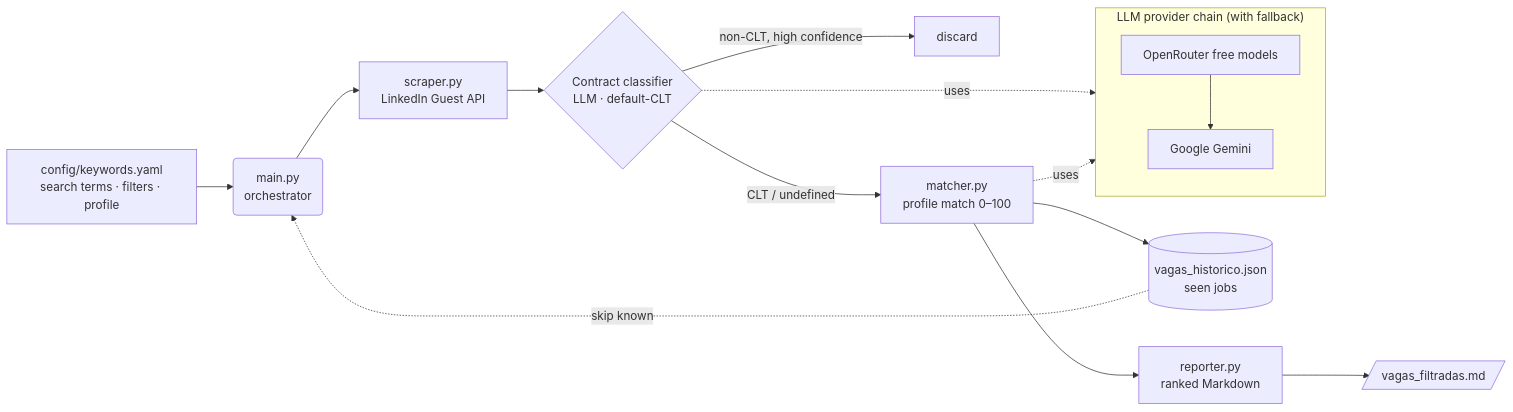
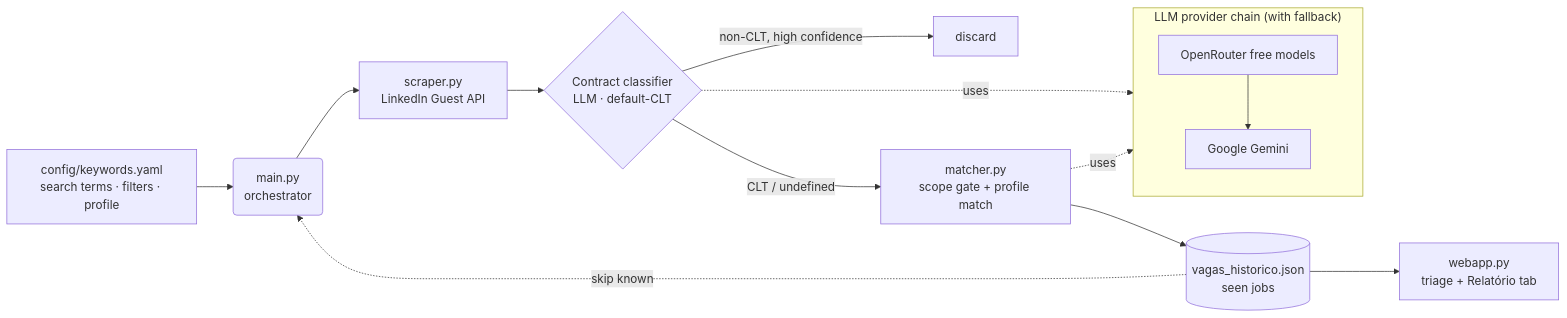
The diagram in README.md (Delkyros/CV_bot), drawn with Mermaid before and after one commit. The commit also changed other lines of this file and 11 other files, not shown here.

````diff
--- a/README.md
+++ b/README.md
@@ -27,18 +27,17 @@
 ```mermaid
 flowchart LR
     A[config/keywords.yaml<br/>search terms · filters · profile] --> B(main.py<br/>orchestrator)
     H[(vagas_historico.json<br/>seen jobs)] -. skip known .-> B
     B --> C[scraper.py<br/>LinkedIn Guest API]
     C --> D{Contract classifier<br/>LLM · default-CLT}
     D -- non-CLT, high confidence --> X[discard]
-    D -- CLT / undefined --> E[matcher.py<br/>profile match 0–100]
-    E --> F[reporter.py<br/>ranked Markdown]
-    F --> G[/vagas_filtradas.md/]
+    D -- CLT / undefined --> E[matcher.py<br/>scope gate + profile match]
     E --> H
+    H --> W[webapp.py<br/>triage + Relatório tab]
 
     subgraph LLM["LLM provider chain (with fallback)"]
         P1[OpenRouter free models] --> P2[Google Gemini]
     end
     D -.uses.-> LLM
     E -.uses.-> LLM
 ```
````
